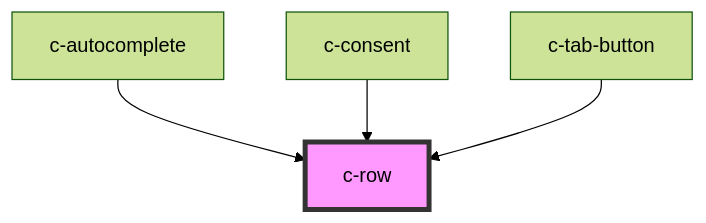
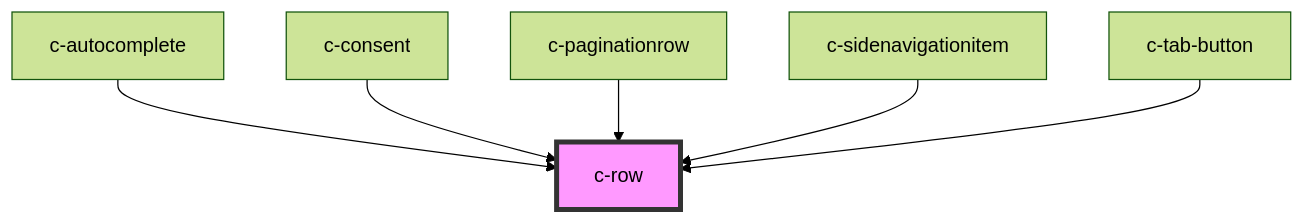
Before and after one commit to hannyle/csc-ui: the diagram in src/components/row/readme.md, drawn with Mermaid (forest theme). The commit also changed other lines of this file and 27 other files, not shown here.

````diff
--- a/src/components/row/readme.md
+++ b/src/components/row/readme.md
@@ -17,7 +19,9 @@
 ```mermaid
 graph TD;
   c-autocomplete --> c-row
   c-consent --> c-row
+  c-paginationrow --> c-row
+  c-sidenavigationitem --> c-row
   c-tab-button --> c-row
   style c-row fill:#f9f,stroke:#333,stroke-width:4px
 ```
````
